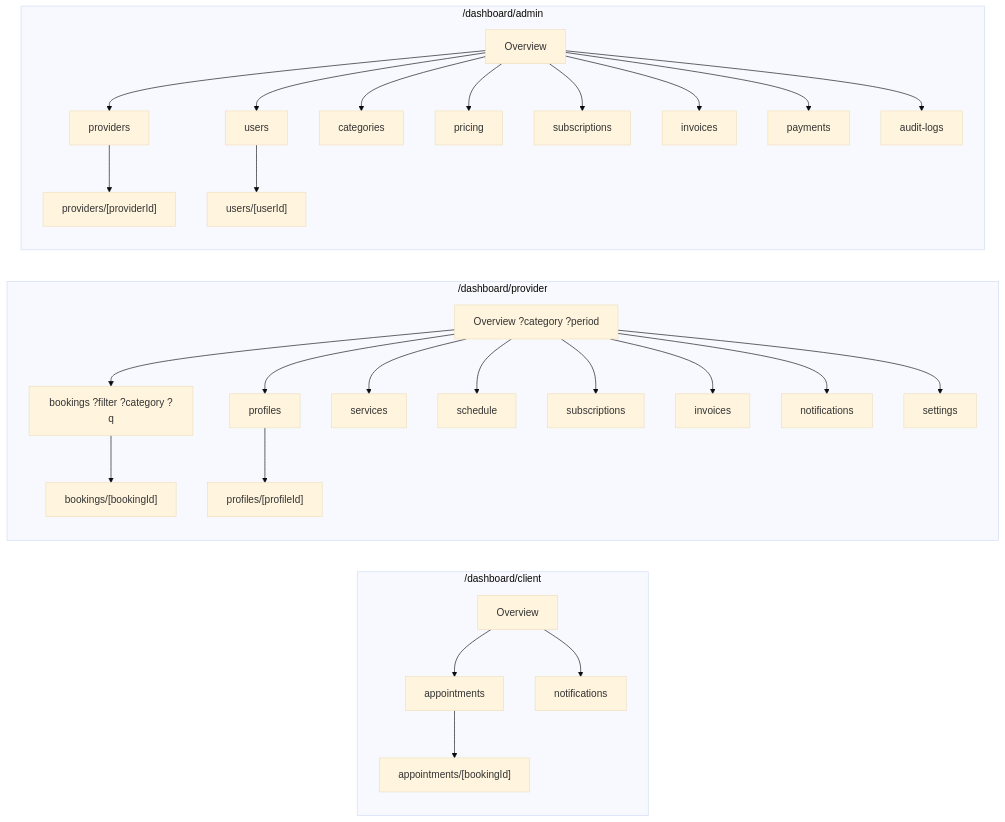
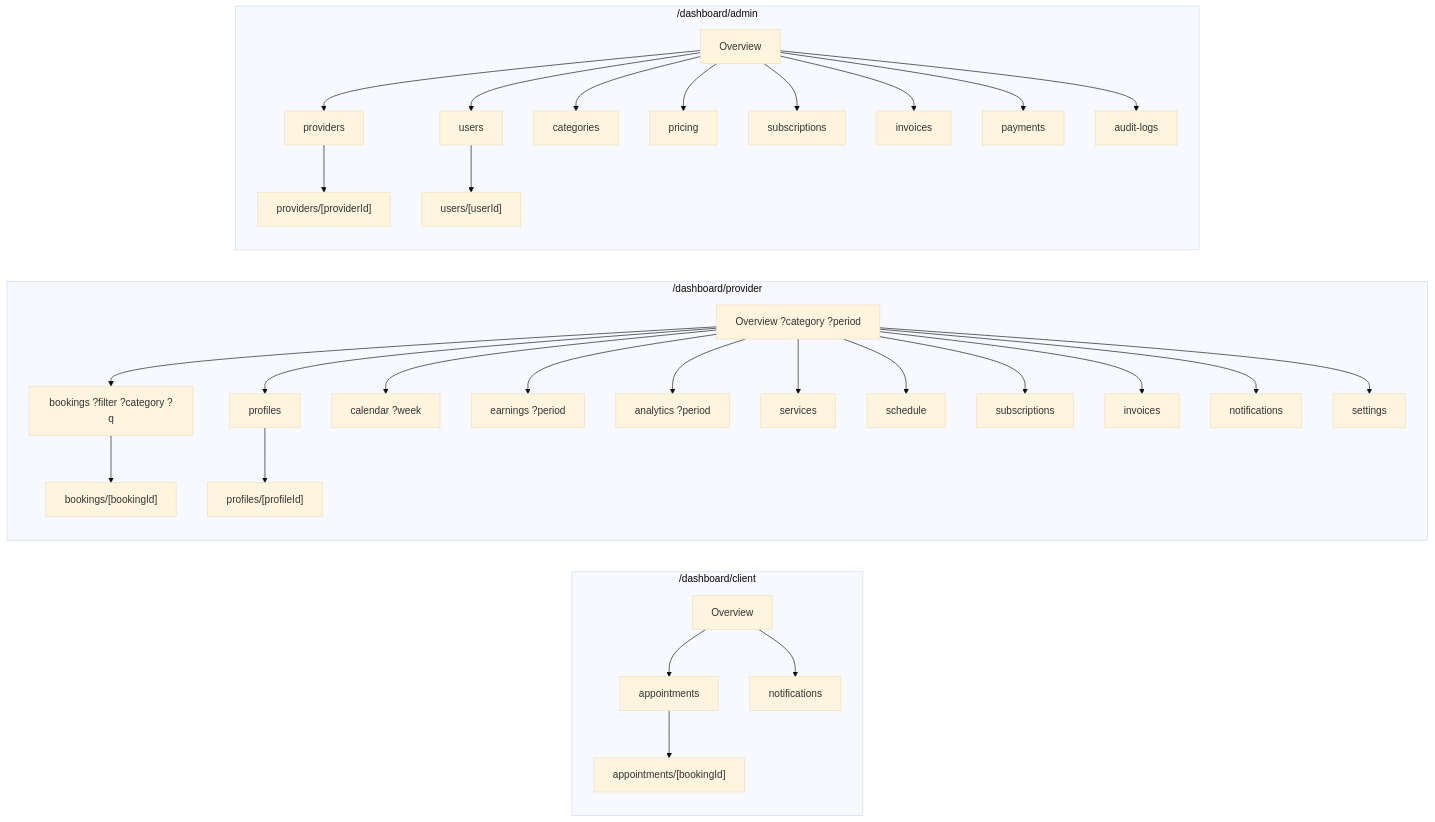
Before and after one commit to zack-zdj100k/woman-cares: the diagram in docs/DASHBOARD_SITE_MAP.md, drawn with Mermaid (base theme). The commit also changed other lines of this file and 49 other files, not shown here.

First line of the commit message:
Add provider calendar, earnings and analytics; speed up dashboard navigation

````diff
--- a/docs/DASHBOARD_SITE_MAP.md
+++ b/docs/DASHBOARD_SITE_MAP.md
@@ -8,17 +8,18 @@
 ```mermaid
 flowchart LR
   subgraph Client["/dashboard/client"]
     C0[Overview] --> C1[appointments] --> C2["appointments/[bookingId]"]
     C0 --> C3[notifications]
   end
   subgraph Provider["/dashboard/provider"]
     P0[Overview ?category ?period] --> P1[bookings ?filter ?category ?q] --> P2["bookings/[bookingId]"]
     P0 --> P3[profiles] --> P4["profiles/[profileId]"]
+    P0 --> P11[calendar ?week] & P12[earnings ?period] & P13[analytics ?period]
     P0 --> P5[services] & P6[schedule] & P7[subscriptions] & P8[invoices] & P9[notifications] & P10[settings]
   end
   subgraph Admin["/dashboard/admin"]
     A0[Overview] --> A1[providers] --> A2["providers/[providerId]"]
     A0 --> A3[users] --> A4["users/[userId]"]
     A0 --> A5[categories] & A6[pricing] & A7[subscriptions] & A8[invoices] & A9[payments] & A10[audit-logs]
   end
 ```
````
